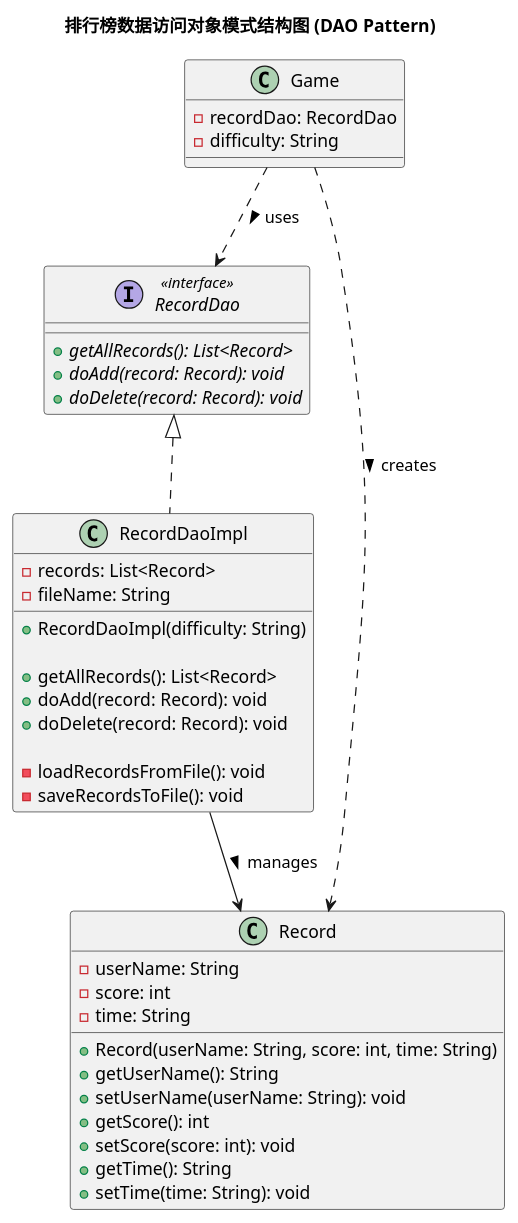
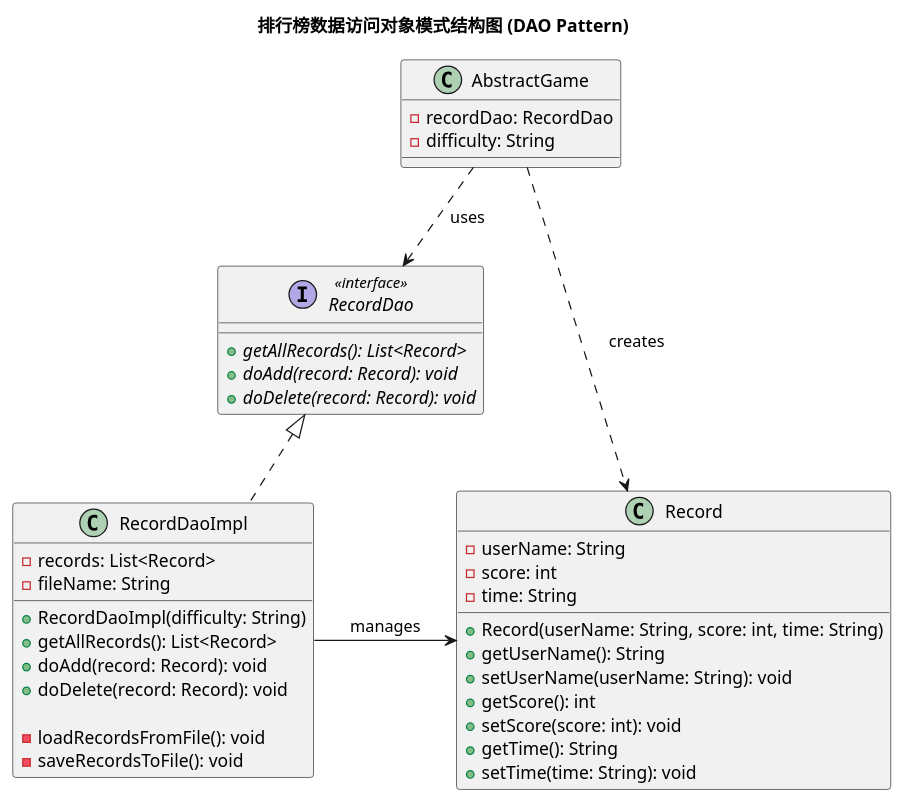
One commit to Leslie-1341/AircraftWar-base1.0 changed the diagram in uml/DaoPattern.puml. Above: the diagram before and after it, drawn with PlantUML. The commit also changed 22 other files, not shown here.

Commit message:
完善了uml类图和部分代码

```diff
--- a/uml/DaoPattern.puml
+++ b/uml/DaoPattern.puml
@@ -1,76 +1,72 @@
 @startuml
-'https://plantuml.com/class-diagram
 title 排行榜数据访问对象模式结构图 (DAO Pattern)
 
 skinparam nodesep 50
 skinparam ranksep 60
-
-' ==========================================
-' 4. 客户端 (Client)
-' ==========================================
-class Game {
-    ' Game类中持有DAO接口的引用，体现“面向接口编程”
+' ====================
+' 1. 客户端 (Client)
+' ====================
+class AbstractGame {
+    ' AbstractGame类中持有DAO接口的引用，体现“面向接口编程”
     - recordDao: RecordDao
     - difficulty: String
 }
 
-' ==========================================
+' ==============================
 ' 2. 数据访问对象接口 (DAO Interface)
-' ==========================================
+' ==============================
 interface RecordDao <<interface>> {
     + {abstract} getAllRecords(): List<Record>
     + {abstract} doAdd(record: Record): void
     + {abstract} doDelete(record: Record): void
 }
 
-' ==========================================
+' ========================================
 ' 3. 数据访问对象实现类 (DAO Implementation)
-' ==========================================
+' ========================================
 class RecordDaoImpl {
     - records: List<Record>
     - fileName: String
-
-    ' 【核心修正1】添加 difficulty 参数，体现不同难度对应不同文件的设计
+    
+    ' 添加 difficulty 参数，体现不同难度对应不同文件的设计
     + RecordDaoImpl(difficulty: String)
-
     + getAllRecords(): List<Record>
     + doAdd(record: Record): void
     + doDelete(record: Record): void
-
+    
     ' 私有的文件读写辅助方法
     - loadRecordsFromFile(): void
     - saveRecordsToFile(): void
 }
 
-' ==========================================
-' 1. 数值对象实体类 (Value Object / POJO)
-' ==========================================
+' ========================================
+' 4. 数值对象实体类 (Value Object / POJO)
+' ========================================
 class Record {
     - userName: String
     - score: int
-    ' 【核心修正2】明确补充 time 属性
     - time: String
-
+    
     + Record(userName: String, score: int, time: String)
     + getUserName(): String
     + setUserName(userName: String): void
     + getScore(): int
     + setScore(score: int): void
     + getTime(): String
     + setTime(time: String): void
 }
 
-' ==========================================
+' ==========
 ' 关系连线
-' ==========================================
-' 实现接口
+' ==========
+' 1. 实现接口
 RecordDaoImpl .up.|> RecordDao
 
-' 关联关系 (实现类管理实体)
-RecordDaoImpl --> Record : " manages >"
+' 2. 关联关系 (实现类管理实体)
+RecordDaoImpl -right-> Record : " manages "
 
-' 【核心修正3】依赖关系 (Game 只依赖接口和实体类)
-Game ..> RecordDao : " uses >"
-Game ..> Record : " creates >"
+' 3. 依赖关系 (AbstractGame 只依赖接口和实体类)
+AbstractGame ..> RecordDao : " uses "
+AbstractGame ...> Record : " creates "
 
 @enduml
```
